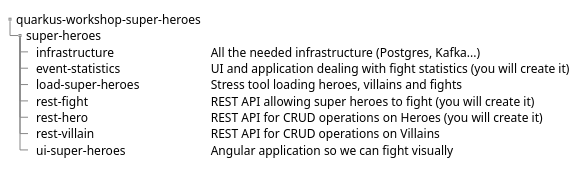
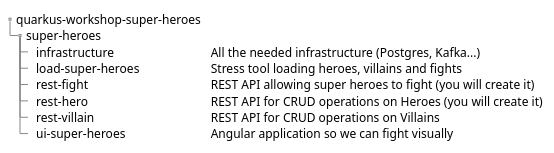
One commit to quarkusio/quarkus-workshops changed the second of 3 diagrams in quarkus-workshop-super-heroes/docs/src/main/asciidoc/introduction-preparing.adoc. Above: the diagram before and after it, drawn with PlantUML. The commit also changed other lines of this file and 9 other files, not shown here.

```diff
--- a/quarkus-workshop-super-heroes/docs/src/main/asciidoc/introduction-preparing.adoc
+++ b/quarkus-workshop-super-heroes/docs/src/main/asciidoc/introduction-preparing.adoc
@@ -38,19 +37,18 @@
 [plantuml]
 ----
 @startsalt
 {
 {
 T
 quarkus-workshop-super-heroes
 + super-heroes
 ++ infrastructure          | All the needed infrastructure (Postgres, Kafka...)
-++ event-statistics        | UI and application dealing with fight statistics (you will create it)
 ++ load-super-heroes       | Stress tool loading heroes, villains and fights
 ++ rest-fight              | REST API allowing super heroes to fight (you will create it)
 ++ rest-hero               | REST API for CRUD operations on Heroes (you will create it)
 ++ rest-villain            | REST API for CRUD operations on Villains
 ++ ui-super-heroes         | Angular application so we can fight visually
 }
 }
 @endsalt
 ----
```
